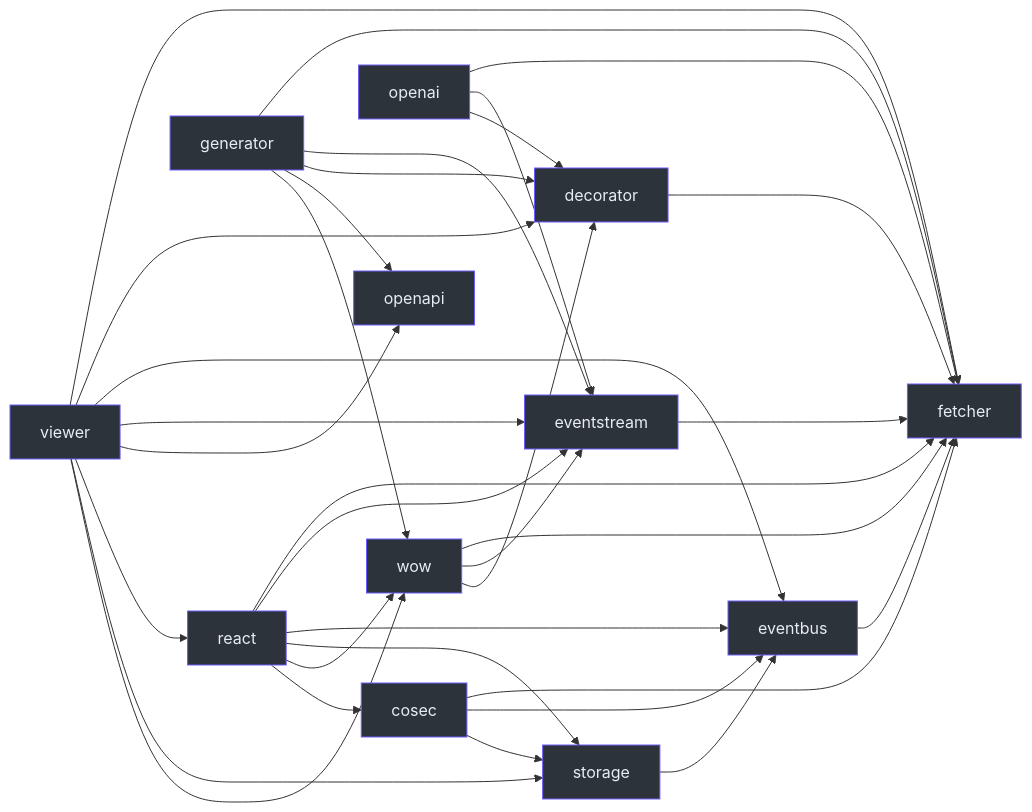
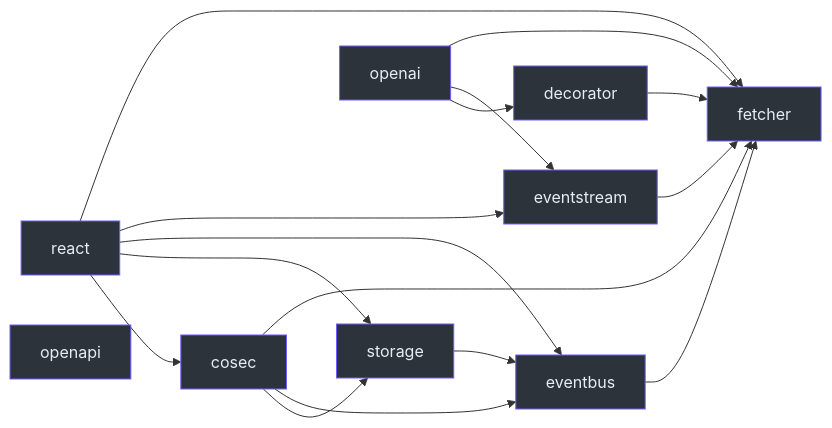
One commit to Ahoo-Wang/fetcher changed the diagram in wiki/architecture/package-boundaries.md. Above: the diagram before and after it, drawn with Mermaid. The commit also changed other lines of this file and 149 other files, not shown here.

````diff
--- a/wiki/architecture/package-boundaries.md
+++ b/wiki/architecture/package-boundaries.md
@@ -14,14 +14,12 @@
 ```mermaid
 flowchart LR
   decorator --> fetcher
   eventbus --> fetcher
   eventstream --> fetcher
   storage --> eventbus
   cosec --> fetcher & eventbus & storage
-  wow --> fetcher & eventstream & decorator
   openai --> fetcher & eventstream & decorator
-  react --> fetcher & eventstream & eventbus & storage & wow & cosec
-  viewer --> fetcher & decorator & eventbus & eventstream & openapi & react & storage & wow
-  generator --> fetcher & eventstream & decorator & openapi & wow
+  react --> fetcher & eventstream & eventbus & storage & cosec
+  openapi
   classDef default fill:#2d333b,stroke:#6d5dfc,color:#e6edf3
 ```
````
